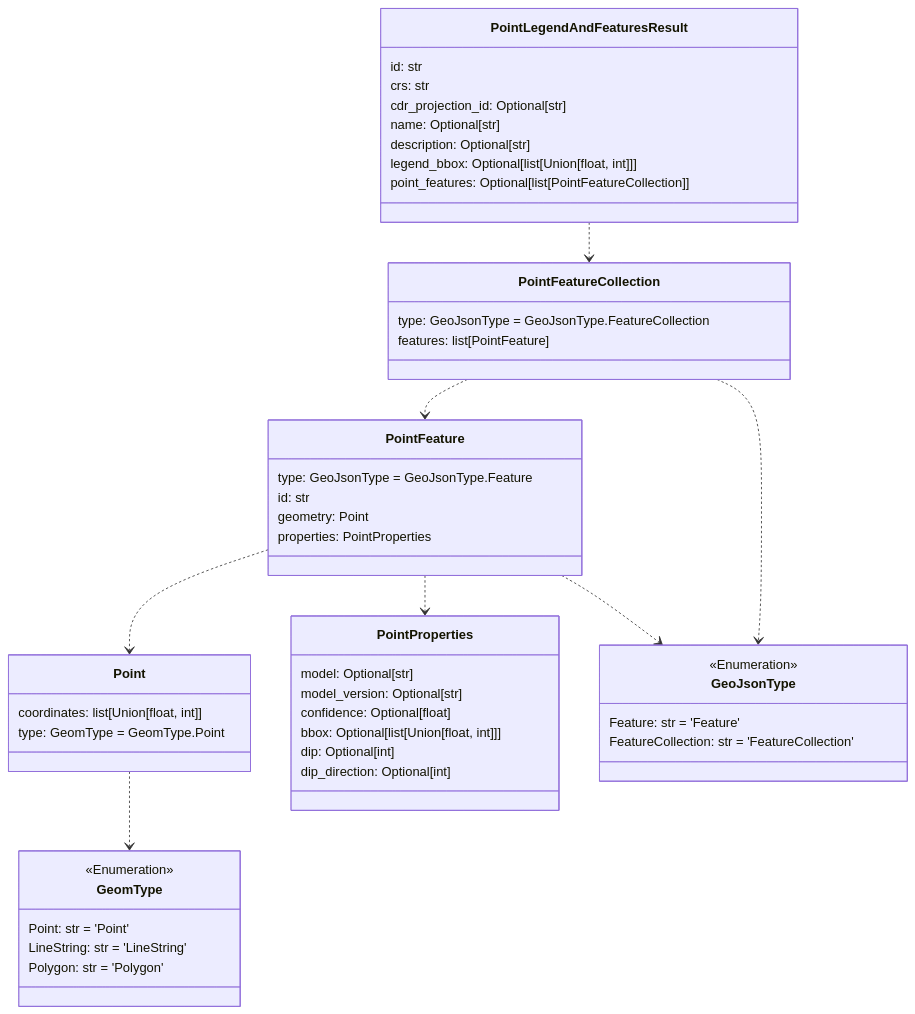
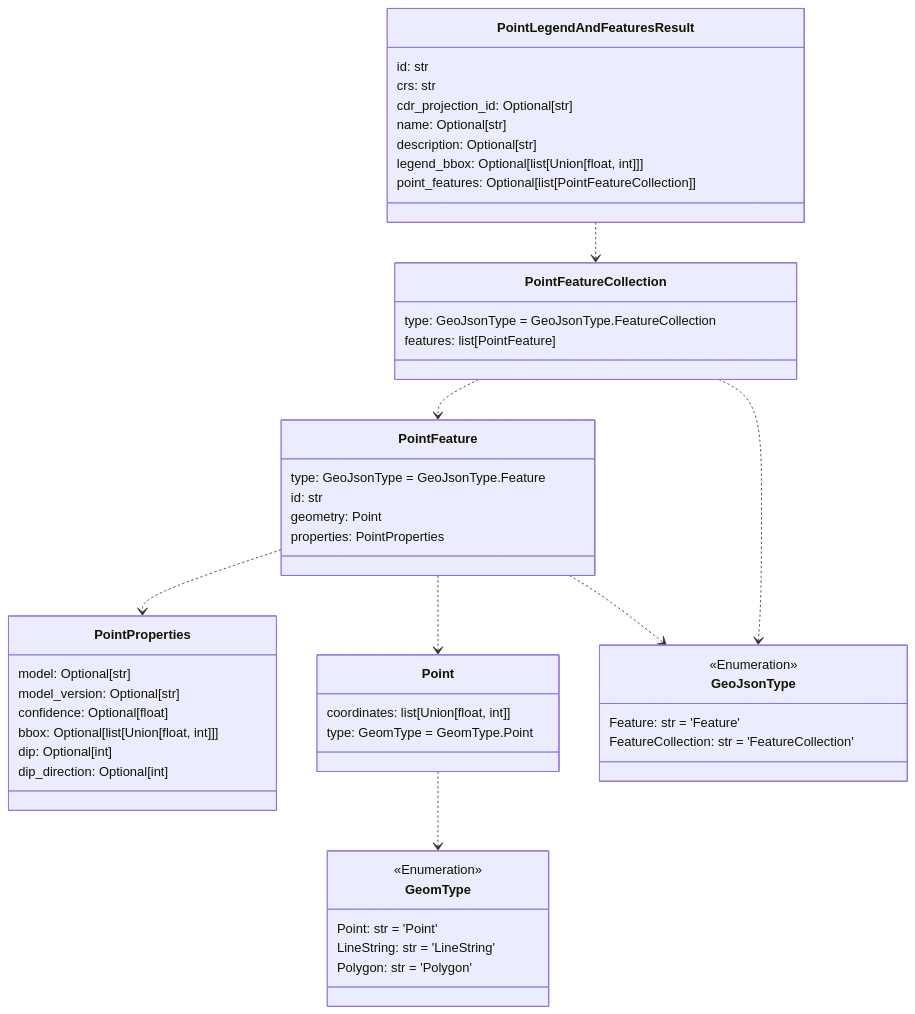
One commit to DARPA-CRITICALMAAS/cdr_schemas changed the fifth of 12 diagrams in README.md. Above: the diagram before and after it, drawn with Mermaid. The commit also changed other lines of this file and 1 other file, not shown here.

````diff
--- a/README.md
+++ b/README.md
@@ -342,62 +343,62 @@
 ```mermaid
 classDiagram
-
-    class GeomType {
-        <<Enumeration>>
-        Point: str = 'Point'
-        LineString: str = 'LineString'
-        Polygon: str = 'Polygon'
-    }
-
-    class Point {
-        coordinates: list[Union[float, int]]
-        type: GeomType = GeomType.Point
-    }
-
-    class PointFeature {
-        type: GeoJsonType = GeoJsonType.Feature
-        id: str
-        geometry: Point
-        properties: PointProperties
-    }
-
-    class PointFeatureCollection {
-        type: GeoJsonType = GeoJsonType.FeatureCollection
-        features: list[PointFeature]
-    }
 
     class PointProperties {
         model: Optional[str]
         model_version: Optional[str]
         confidence: Optional[float]
         bbox: Optional[list[Union[float, int]]]
         dip: Optional[int]
         dip_direction: Optional[int]
     }
 
-    class GeoJsonType {
-        <<Enumeration>>
-        Feature: str = 'Feature'
-        FeatureCollection: str = 'FeatureCollection'
+    class PointFeature {
+        type: GeoJsonType = GeoJsonType.Feature
+        id: str
+        geometry: Point
+        properties: PointProperties
+    }
+
+    class Point {
+        coordinates: list[Union[float, int]]
+        type: GeomType = GeomType.Point
+    }
+
+    class PointFeatureCollection {
+        type: GeoJsonType = GeoJsonType.FeatureCollection
+        features: list[PointFeature]
     }
 
     class PointLegendAndFeaturesResult {
         id: str
         crs: str
         cdr_projection_id: Optional[str]
         name: Optional[str]
         description: Optional[str]
         legend_bbox: Optional[list[Union[float, int]]]
         point_features: Optional[list[PointFeatureCollection]]
     }
 
+    class GeomType {
+        <<Enumeration>>
+        Point: str = 'Point'
+        LineString: str = 'LineString'
+        Polygon: str = 'Polygon'
+    }
+
+    class GeoJsonType {
+        <<Enumeration>>
+        Feature: str = 'Feature'
+        FeatureCollection: str = 'FeatureCollection'
+    }
+
     Point ..> GeomType
     PointFeature ..> Point
+    PointFeature ..> PointProperties
     PointFeature ..> GeoJsonType
-    PointFeature ..> PointProperties
+    PointFeatureCollection ..> PointFeature
     PointFeatureCollection ..> GeoJsonType
-    PointFeatureCollection ..> PointFeature
     PointLegendAndFeaturesResult ..> PointFeatureCollection
 
 
 ```
````
